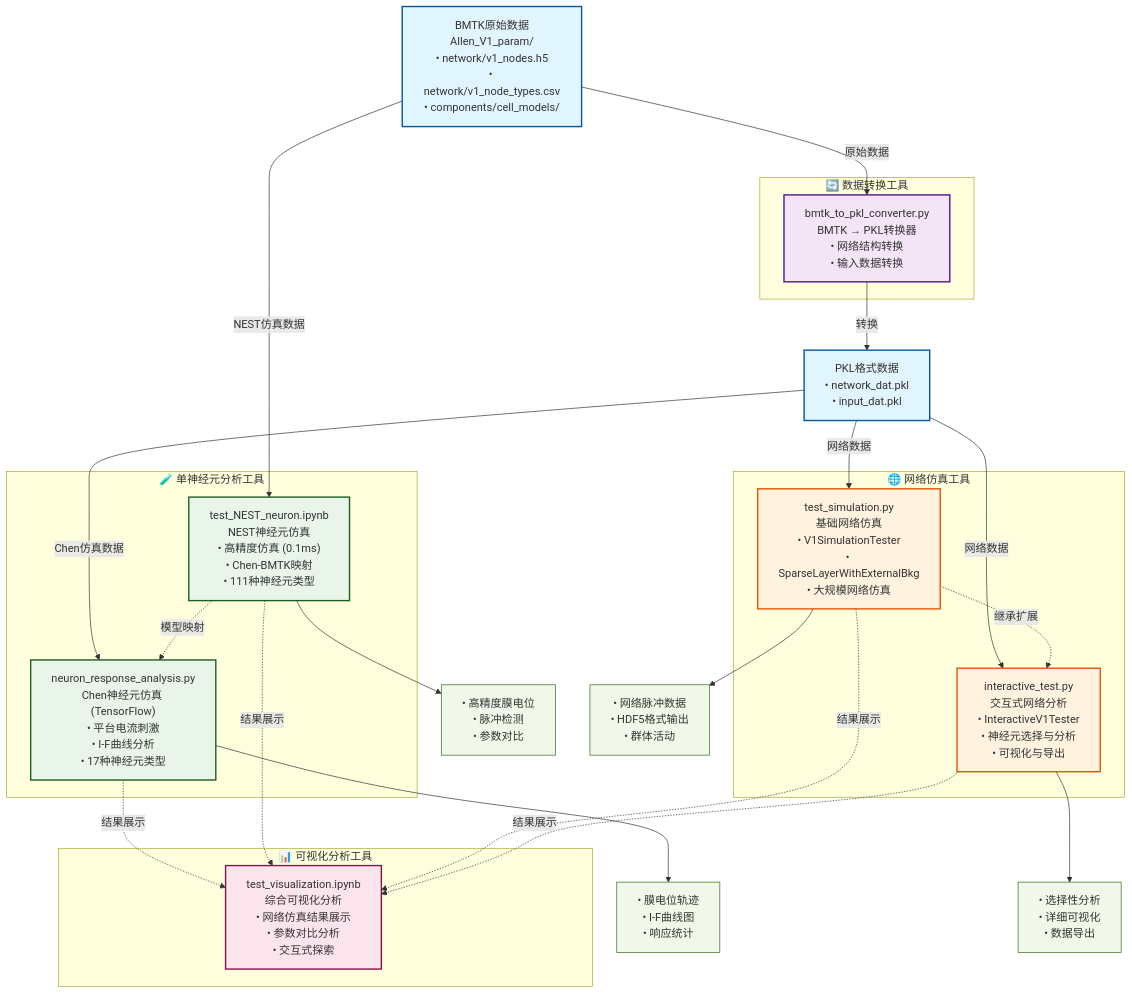
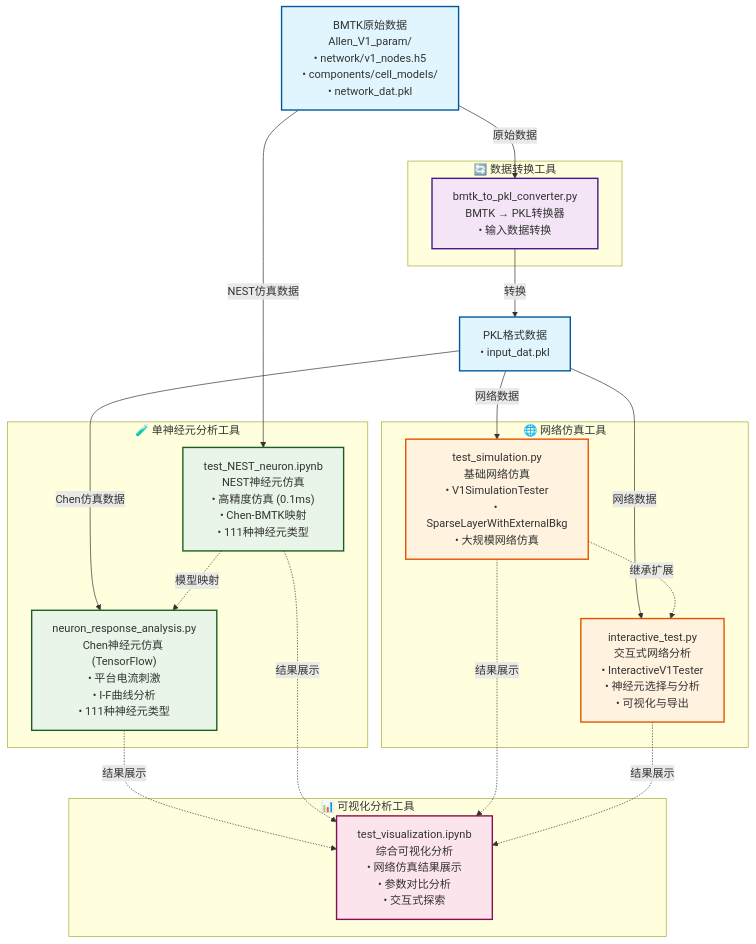
The diagram in README.md (sdgds/Chen_package_test), drawn with Mermaid before and after one commit.

````diff
--- a/README.md
+++ b/README.md
@@ -17,73 +17,67 @@
 ```mermaid
 graph TD
     %% 数据源
-    BMTK["BMTK原始数据<br/>Allen_V1_param/<br/>• network/v1_nodes.h5<br/>• network/v1_node_types.csv<br/>• components/cell_models/"]
+    BMTK["BMTK原始数据<br/>Allen_V1_param/<br/>• network/v1_nodes.h5<br/>• components/cell_models/<br/>• network_dat.pkl"]
     
     %% 数据转换工具
     subgraph DataConv ["🔄 数据转换工具"]
-        Converter["bmtk_to_pkl_converter.py<br/>BMTK → PKL转换器<br/>• 网络结构转换<br/>• 输入数据转换"]
+        Converter["bmtk_to_pkl_converter.py<br/>BMTK → PKL转换器<br/>• 输入数据转换"]
     end
     
     %% 转换后的数据
-    PKL["PKL格式数据<br/>• network_dat.pkl<br/>• input_dat.pkl"]
+    PKL["PKL格式数据<br/>• input_dat.pkl"]
     
     %% 单神经元分析工具
     subgraph SingleNeuron ["🧪 单神经元分析工具"]
-        ChenSim["neuron_response_analysis.py<br/>Chen神经元仿真 (TensorFlow)<br/>• 平台电流刺激<br/>• I-F曲线分析<br/>• 17种神经元类型"]
+        ChenSim["neuron_response_analysis.py<br/>Chen神经元仿真 (TensorFlow)<br/>• 平台电流刺激<br/>• I-F曲线分析<br/>• 111种神经元类型"]
         NESTSim["test_NEST_neuron.ipynb<br/>NEST神经元仿真<br/>• 高精度仿真 (0.1ms)<br/>• Chen-BMTK映射<br/>• 111种神经元类型"]
     end
     
     %% 网络仿真工具
     subgraph NetworkSim ["🌐 网络仿真工具"]
         BasicSim["test_simulation.py<br/>基础网络仿真<br/>• V1SimulationTester<br/>• SparseLayerWithExternalBkg<br/>• 大规模网络仿真"]
         InteractiveSim["interactive_test.py<br/>交互式网络分析<br/>• InteractiveV1Tester<br/>• 神经元选择与分析<br/>• 可视化与导出"]
     end
     
     %% 可视化工具
     subgraph Visualization ["📊 可视化分析工具"]
         VisNB["test_visualization.ipynb<br/>综合可视化分析<br/>• 网络仿真结果展示<br/>• 参数对比分析<br/>• 交互式探索"]
     end
     
     %% 数据流和调用关系
     BMTK -->|原始数据| Converter
     Converter -->|转换| PKL
     
     %% 单神经元分析的数据输入
     PKL -->|Chen仿真数据| ChenSim
     BMTK -->|NEST仿真数据| NESTSim
     
     %% 网络仿真的数据输入
     PKL -->|网络数据| BasicSim
     PKL -->|网络数据| InteractiveSim
     
     %% 模块间的调用关系
     BasicSim -.->|继承扩展| InteractiveSim
     NESTSim -.->|模型映射| ChenSim
     
     %% 可视化工具的输入
     ChenSim -.->|结果展示| VisNB
     NESTSim -.->|结果展示| VisNB
     BasicSim -.->|结果展示| VisNB
     InteractiveSim -.->|结果展示| VisNB
     
-    %% 输出结果
-    ChenSim --> Results1["• 膜电位轨迹<br/>• I-F曲线图<br/>• 响应统计"]
-    NESTSim --> Results2["• 高精度膜电位<br/>• 脉冲检测<br/>• 参数对比"]
-    BasicSim --> Results3["• 网络脉冲数据<br/>• HDF5格式输出<br/>• 群体活动"]
-    InteractiveSim --> Results4["• 选择性分析<br/>• 详细可视化<br/>• 数据导出"]
-    
     %% 样式设置
     classDef dataClass fill:#e1f5fe,stroke:#01579b,stroke-width:2px
     classDef convertClass fill:#f3e5f5,stroke:#4a148c,stroke-width:2px
     classDef singleClass fill:#e8f5e8,stroke:#1b5e20,stroke-width:2px
     classDef networkClass fill:#fff3e0,stroke:#e65100,stroke-width:2px
     classDef visClass fill:#fce4ec,stroke:#880e4f,stroke-width:2px
     classDef resultClass fill:#f1f8e9,stroke:#33691e,stroke-width:1px
     
     class BMTK,PKL dataClass
     class Converter convertClass
     class ChenSim,NESTSim singleClass
     class BasicSim,InteractiveSim networkClass
     class VisNB visClass
     class Results1,Results2,Results3,Results4 resultClass
 ```
````
